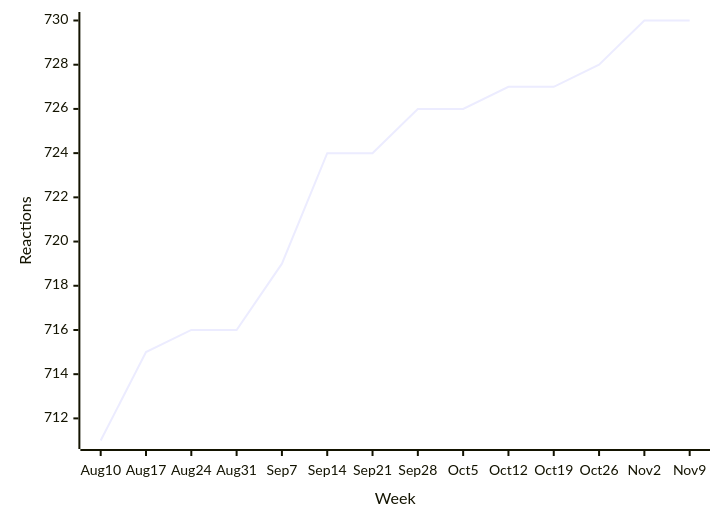
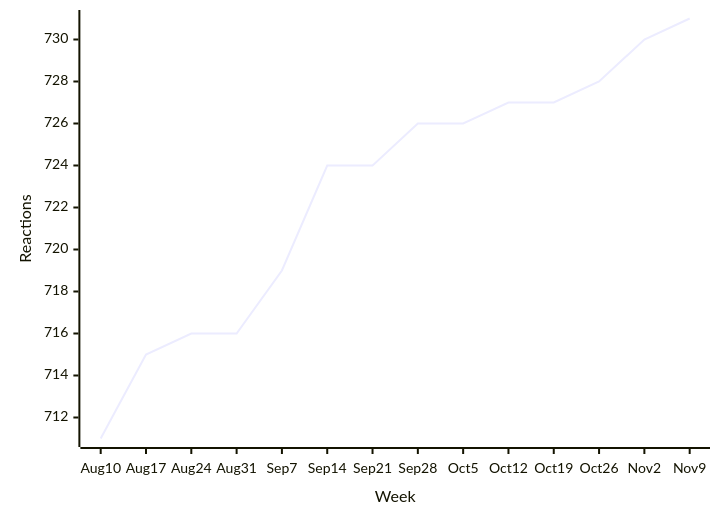
The second of 39 diagrams in README.md (loic-sharma/github-insights), drawn with Mermaid before and after one commit. The commit also changed other lines of this file and 3 other files, not shown here.

````diff
--- a/README.md
+++ b/README.md
@@ -341,6 +341,6 @@
   ```mermaid
   xychart-beta
     x-axis "Week" [Aug 10, Aug 17, Aug 24, Aug 31, Sep 7, Sep 14, Sep 21, Sep 28, Oct 5, Oct 12, Oct 19, Oct 26, Nov 2, Nov 9]
     y-axis "Reactions"
-    line [711, 715, 716, 716, 719, 724, 724, 726, 726, 727, 727, 728, 730, 730]
+    line [711, 715, 716, 716, 719, 724, 724, 726, 726, 727, 727, 728, 730, 731]
   ```
````
